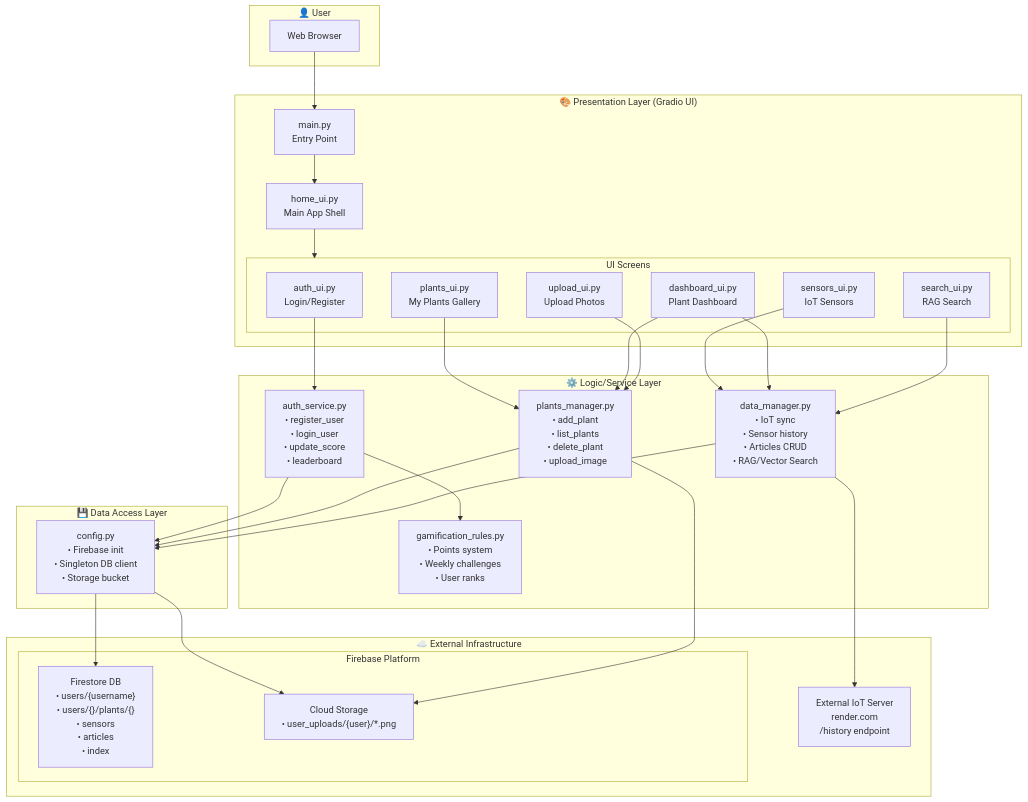
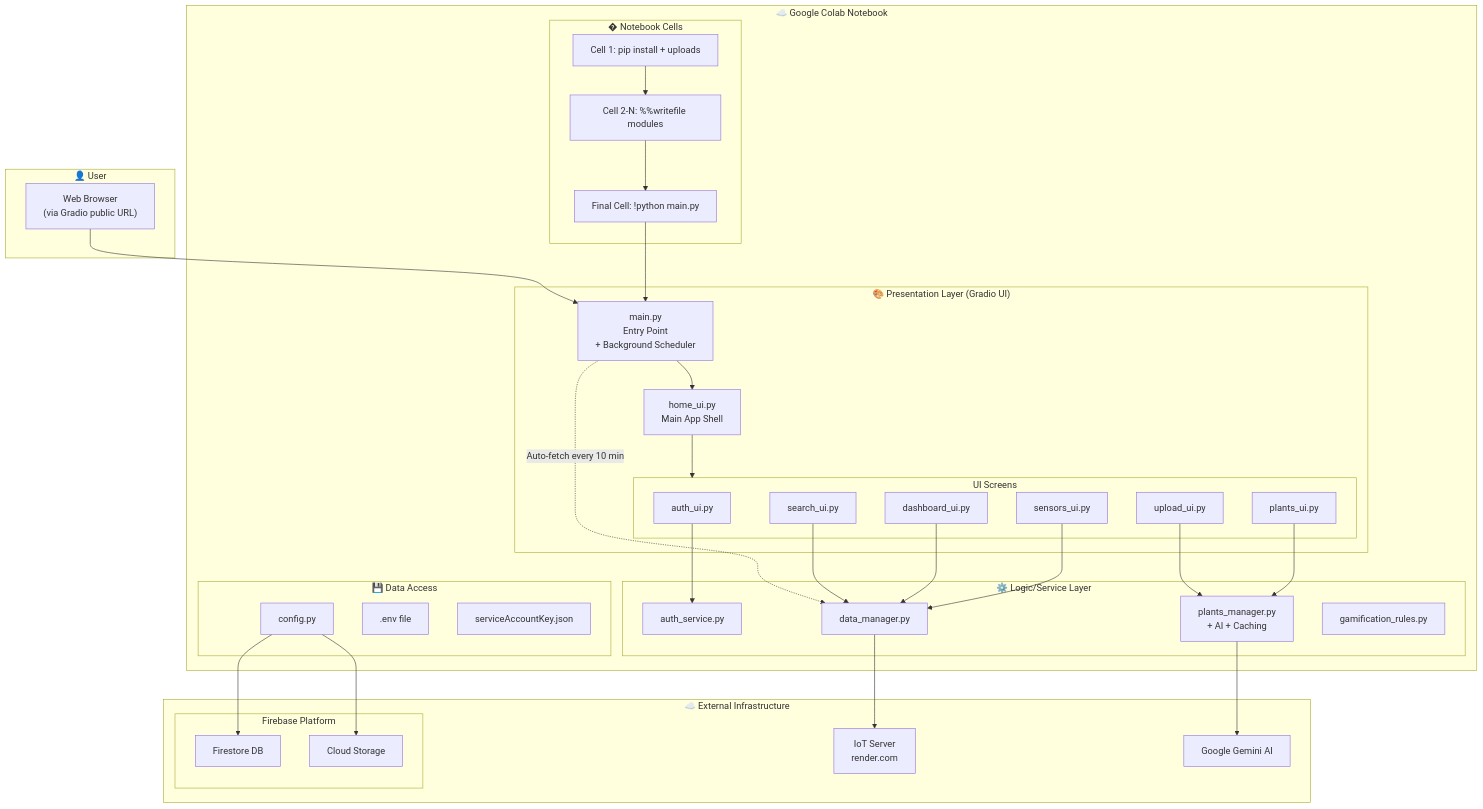
The diagram in project_architecture.md (GyanLevy/Cloud_Computing_Project_Shark_Team), drawn with Mermaid before and after one commit. The commit also changed other lines of this file and 10 other files, not shown here.

Commit message:
feat: Add Google Colab notebook and generator script, update project configuration and core services, and remove legacy CLI and test file.

````diff
--- a/project_architecture.md
+++ b/project_architecture.md
@@ -11,66 +22,77 @@
 ```mermaid
 graph TD
-    subgraph User["👤 User"]
-        Browser["Web Browser"]
-    end
+    subgraph Colab["☁️ Google Colab Notebook"]
+        subgraph Cells["� Notebook Cells"]
+            setup["Cell 1: pip install + uploads"]
+            writefile["Cell 2-N: %%writefile modules"]
+            run["Final Cell: !python main.py"]
+        end
 
-    subgraph Presentation["🎨 Presentation Layer (Gradio UI)"]
-        main["main.py<br/>Entry Point"]
-        home_ui["home_ui.py<br/>Main App Shell"]
+        subgraph Presentation["🎨 Presentation Layer (Gradio UI)"]
+            main["main.py<br/>Entry Point<br/>+ Background Scheduler"]
+            home_ui["home_ui.py<br/>Main App Shell"]
 
-        subgraph UI_Screens["UI Screens"]
-            auth_ui["auth_ui.py<br/>Login/Register"]
-            plants_ui["plants_ui.py<br/>My Plants Gallery"]
-            sensors_ui["sensors_ui.py<br/>IoT Sensors"]
-            dashboard_ui["dashboard_ui.py<br/>Plant Dashboard"]
-            upload_ui["upload_ui.py<br/>Upload Photos"]
-            search_ui["search_ui.py<br/>RAG Search"]
+            subgraph UI_Screens["UI Screens"]
+                auth_ui["auth_ui.py"]
+                plants_ui["plants_ui.py"]
+                sensors_ui["sensors_ui.py"]
+                dashboard_ui["dashboard_ui.py"]
+                upload_ui["upload_ui.py"]
+                search_ui["search_ui.py"]
+            end
         end
-    end
 
-    subgraph Logic["⚙️ Logic/Service Layer"]
-        auth_service["auth_service.py<br/>• register_user<br/>• login_user<br/>• update_score<br/>• leaderboard"]
-        plants_manager["plants_manager.py<br/>• add_plant<br/>• list_plants<br/>• delete_plant<br/>• upload_image"]
-        data_manager["data_manager.py<br/>• IoT sync<br/>• Sensor history<br/>• Articles CRUD<br/>• RAG/Vector Search"]
-        gamification["gamification_rules.py<br/>• Points system<br/>• Weekly challenges<br/>• User ranks"]
-    end
+        subgraph Logic["⚙️ Logic/Service Layer"]
+            auth_service["auth_service.py"]
+            plants_manager["plants_manager.py<br/>+ AI + Caching"]
+            data_manager["data_manager.py"]
+            gamification["gamification_rules.py"]
+        end
 
-    subgraph Data["💾 Data Access Layer"]
-        config["config.py<br/>• Firebase init<br/>• Singleton DB client<br/>• Storage bucket"]
+        subgraph Data["💾 Data Access"]
+            config["config.py"]
+            env[".env file"]
+            serviceKey["serviceAccountKey.json"]
+        end
     end
 
     subgraph External["☁️ External Infrastructure"]
         subgraph Firebase["Firebase Platform"]
-            Firestore["Firestore DB<br/>• users/{username}<br/>• users/{}/plants/{}<br/>• sensors<br/>• articles<br/>• index"]
-            Storage["Cloud Storage<br/>• user_uploads/{user}/*.png"]
+            Firestore["Firestore DB"]
+            Storage["Cloud Storage"]
         end
-
-        IoT_Server["External IoT Server<br/>render.com<br/>/history endpoint"]
+        IoT_Server["IoT Server<br/>render.com"]
+        Gemini_AI["Google Gemini AI"]
     end
 
-    %% User Flow
-    Browser --> main
+    subgraph User["👤 User"]
+        Browser["Web Browser<br/>(via Gradio public URL)"]
+    end
+
+    %% Colab Flow
+    setup --> writefile
+    writefile --> run
+    run --> main
+
+    %% App Flow
     main --> home_ui
     home_ui --> UI_Screens
 
-    %% UI to Logic connections
+    %% Logic connections
     auth_ui --> auth_service
     plants_ui --> plants_manager
     sensors_ui --> data_manager
     dashboard_ui --> data_manager
-    dashboard_ui --> plants_manager
     upload_ui --> plants_manager
     search_ui --> data_manager
 
-    %% Logic interdependencies
-    auth_service --> gamification
-    auth_service --> config
-    plants_manager --> config
-    data_manager --> config
-
-    %% Data Layer to Firebase
+    %% External connections
     config --> Firestore
     config --> Storage
-    plants_manager --> Storage
+    plants_manager --> Gemini_AI
     data_manager --> IoT_Server
+    main -.->|"Auto-fetch every 10 min"| data_manager
+
+    %% User access
+    Browser --> main
 ```
````
